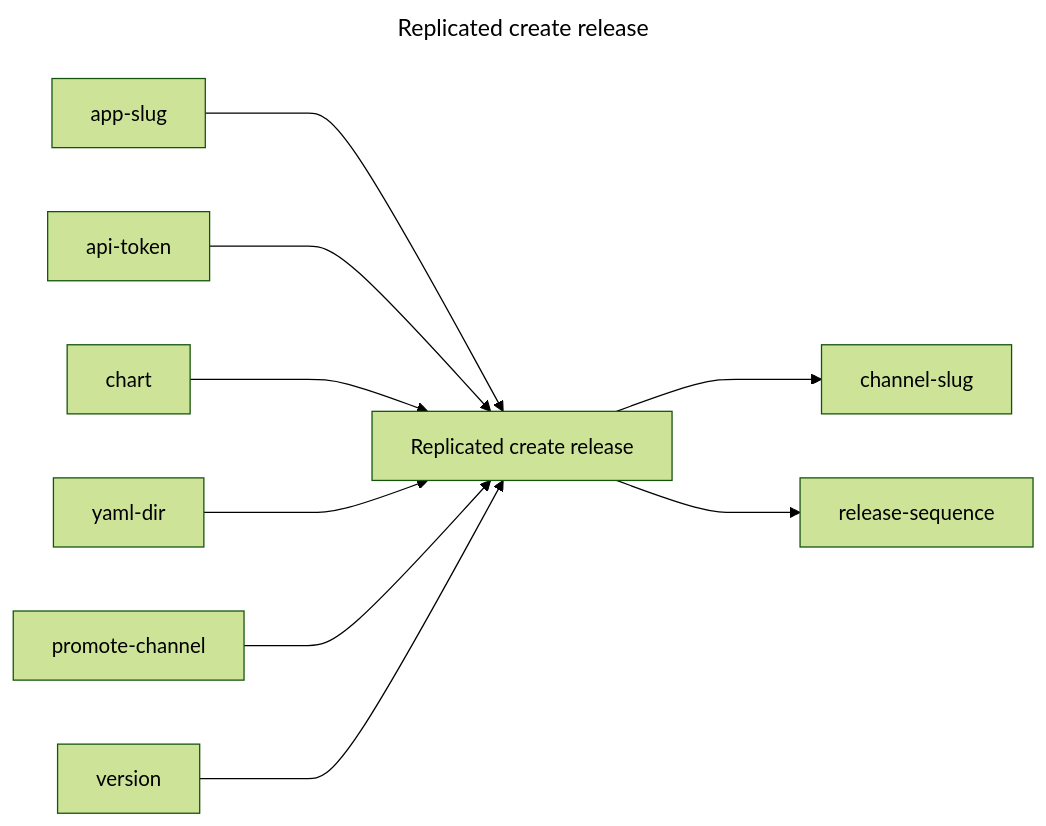
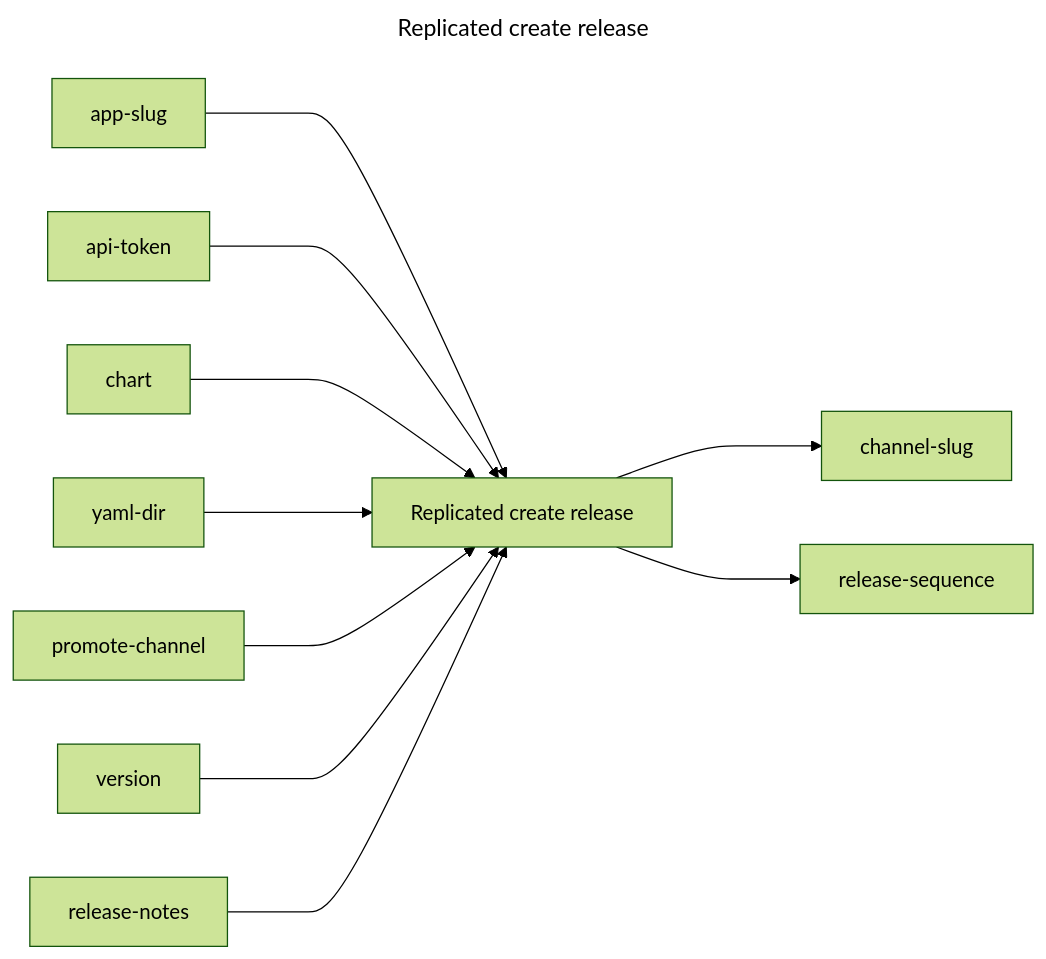
Before and after one commit to replicatedhq/replicated-actions: the diagram in create-release/README.md, drawn with Mermaid (forest theme). The commit also changed other lines of this file and 46 other files, not shown here.

Commit message:
Support release-notes in create-release action

````diff
--- a/create-release/README.md
+++ b/create-release/README.md
@@ -3,23 +3,25 @@
 ```mermaid
 ---
 title: Replicated create release
 ---
 graph LR
 replicated_create_release["Replicated create release"]
 app_slug["app-slug"]
 api_token["api-token"]
 chart["chart"]
 yaml_dir["yaml-dir"]
 promote_channel["promote-channel"]
 version["version"]
+release_notes["release-notes"]
 channel_slug["channel-slug"]
 release_sequence["release-sequence"]
 app_slug ---> replicated_create_release
 api_token ---> replicated_create_release
 chart ---> replicated_create_release
 yaml_dir ---> replicated_create_release
 promote_channel ---> replicated_create_release
 version ---> replicated_create_release
+release_notes ---> replicated_create_release
 replicated_create_release ---> channel_slug
 replicated_create_release ---> release_sequence
 ```
````
